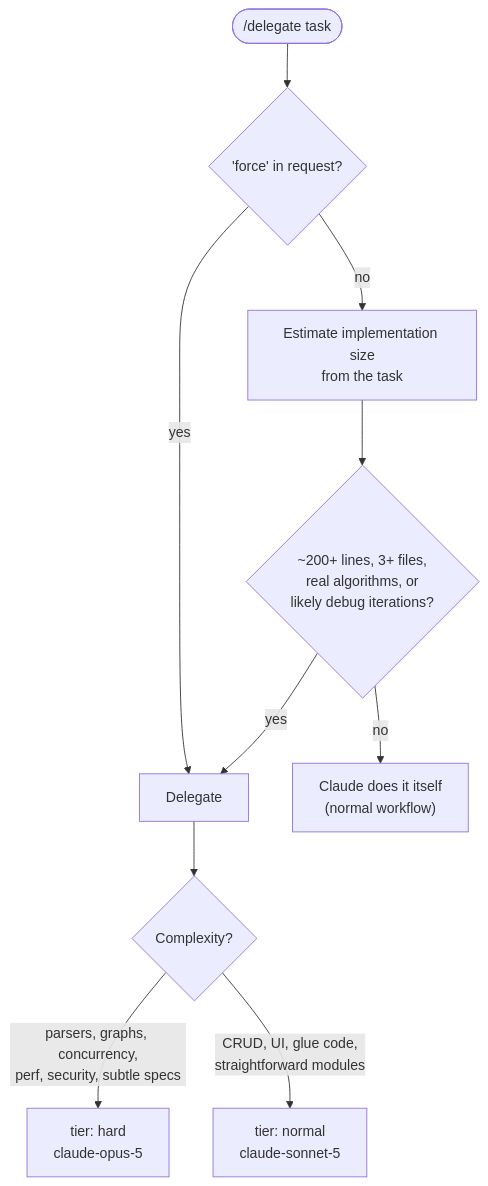
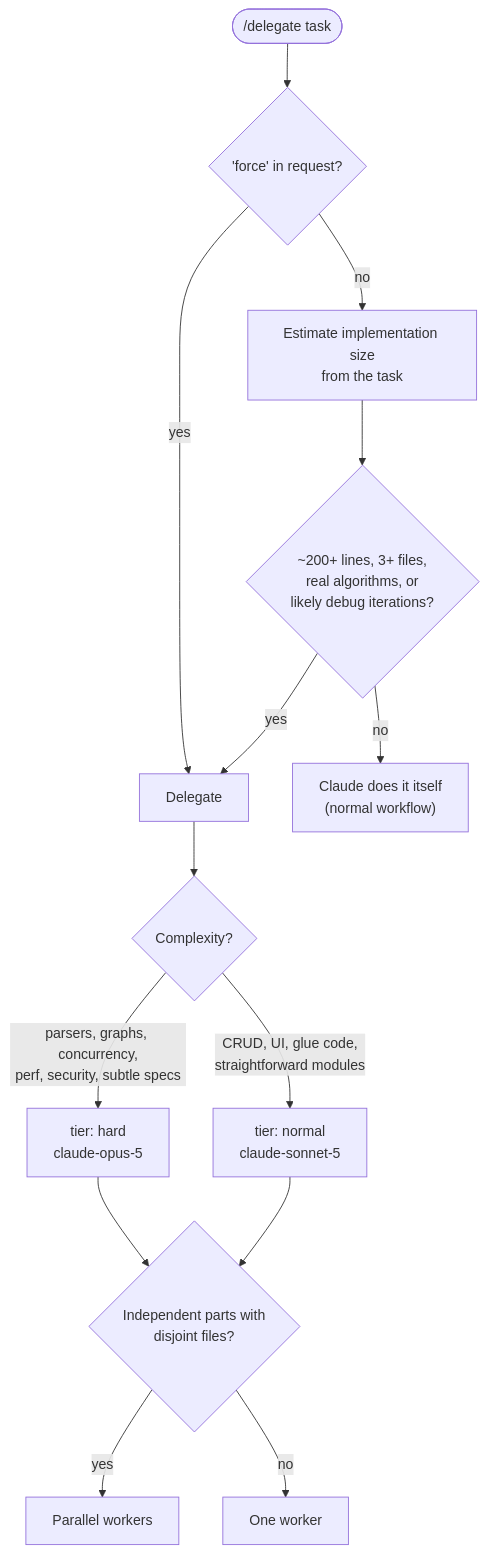
The third of 7 diagrams in README.md (gaztrabisme/claude-subagent-delegation), drawn with Mermaid before and after one commit. The commit also changed other lines of this file and 12 other files, not shown here.

````diff
--- a/README.md
+++ b/README.md
@@ -117,12 +135,16 @@
 ```mermaid
 flowchart TD
     S(["/delegate task"]) --> F{"'force' in request?"}
     F -->|yes| DEL
     F -->|no| E["Estimate implementation size<br/>from the task"]
     E --> Q{"~200+ lines, 3+ files,<br/>real algorithms, or<br/>likely debug iterations?"}
     Q -->|no| SELF["Claude does it itself<br/>(normal workflow)"]
     Q -->|yes| DEL["Delegate"]
     DEL --> TIER{"Complexity?"}
     TIER -->|"parsers, graphs, concurrency,<br/>perf, security, subtle specs"| H["tier: hard<br/>claude-opus-5"]
     TIER -->|"CRUD, UI, glue code,<br/>straightforward modules"| N["tier: normal<br/>claude-sonnet-5"]
+    H --> PAR{"Independent parts with<br/>disjoint files?"}
+    N --> PAR
+    PAR -->|yes| PW["Parallel workers"]
+    PAR -->|no| OW["One worker"]
 ```
````
